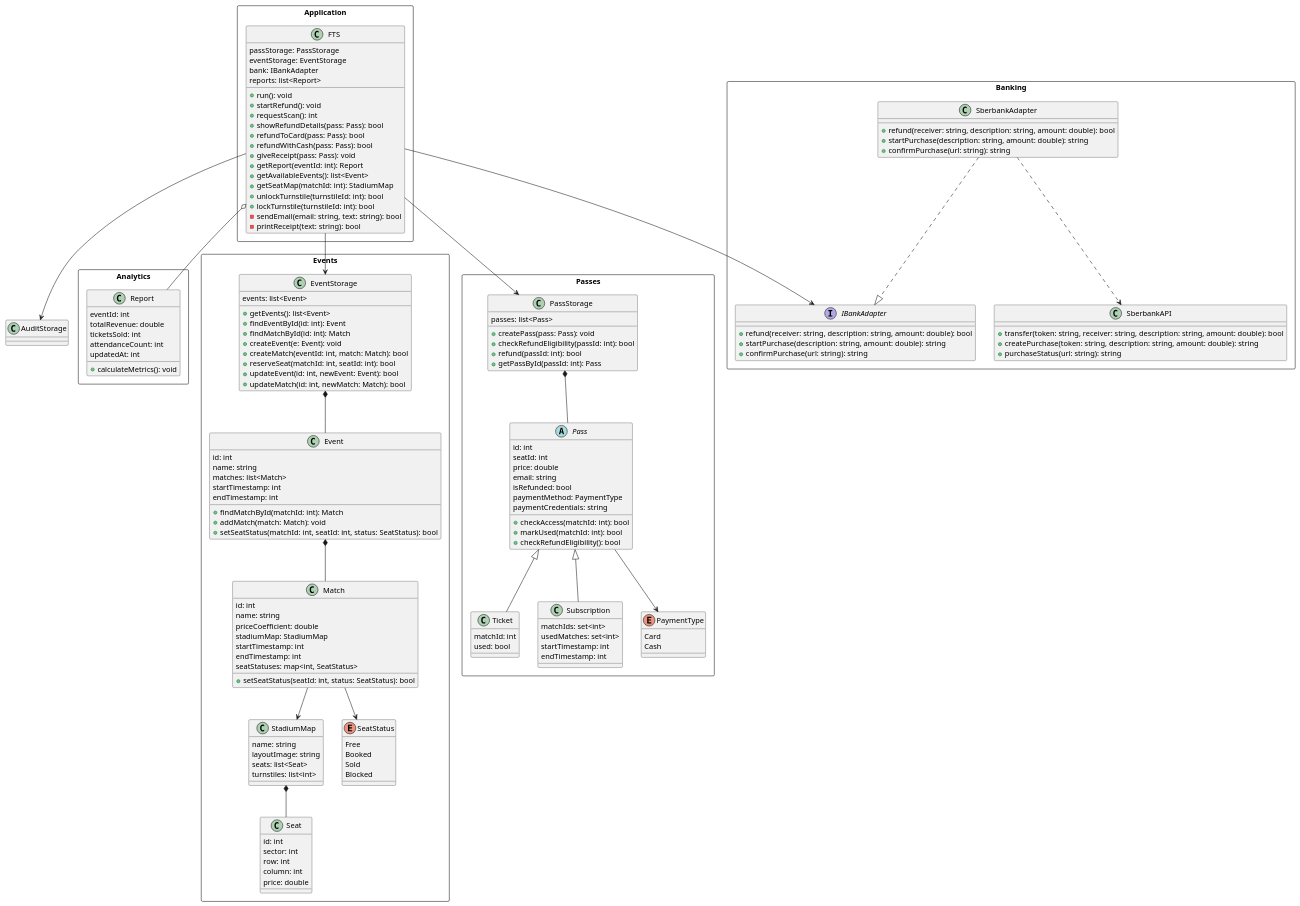
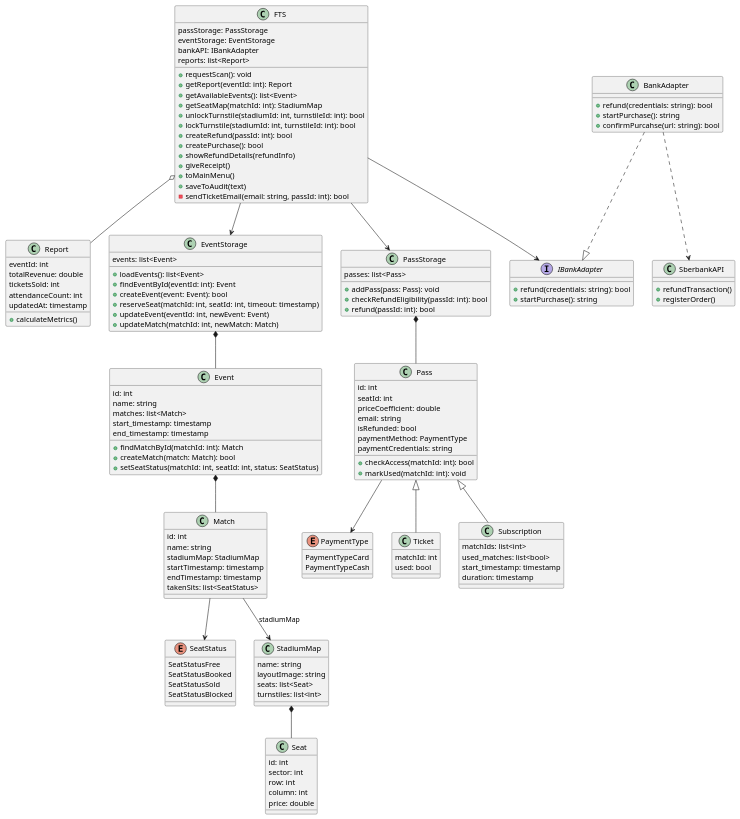
The diagram in Диаграмма Классов.md (penamarth/bsbo-11-24_team5_var10_football), drawn with PlantUML before and after one commit. The commit also changed 21 other files, not shown here.

````diff
--- a/Диаграмма Классов.md
+++ b/Диаграмма Классов.md
@@ -3,175 +3,155 @@
 ```plantuml
 @startuml
-rectangle "Analytics" {
-	class Report {
-		eventId: int
-		totalRevenue: double
-		ticketsSold: int
-		attendanceCount: int
-		updatedAt: int
-		+ calculateMetrics(): void
-	}
+enum PaymentType {
+	PaymentTypeCard
+	PaymentTypeCash
 }
 
-rectangle "Events" {
-	class EventStorage {
-		events: list<Event>
-		+ getEvents(): list<Event>
-		+ findEventById(id: int): Event
-		+ findMatchById(id: int): Match
-		+ createEvent(e: Event): void
-		+ createMatch(eventId: int, match: Match): bool
-		+ reserveSeat(matchId: int, seatId: int): bool
-		+ updateEvent(id: int, newEvent: Event): bool
-		+ updateMatch(id: int, newMatch: Match): bool
-	}
-	class Event {
-		id: int
-		name: string
-		matches: list<Match>
-		startTimestamp: int
-		endTimestamp: int
-		+ findMatchById(matchId: int): Match
-		+ addMatch(match: Match): void
-		+ setSeatStatus(matchId: int, seatId: int, status: SeatStatus): bool
-	}
-
-	class Match {
-		id: int
-		name: string
-		priceCoefficient: double
-		stadiumMap: StadiumMap
-		startTimestamp: int
-		endTimestamp: int
-		seatStatuses: map<int, SeatStatus>
-		+ setSeatStatus(seatId: int, status: SeatStatus): bool
-	}
-
-	class StadiumMap {
-		name: string
-		layoutImage: string
-		seats: list<Seat>
-		turnstiles: list<int>
-	}
-
-	class Seat {
-		id: int
-		sector: int
-		row: int
-		column: int
-		price: double
-	}
-
-	enum SeatStatus {
-		Free
-		Booked
-		Sold
-		Blocked
-	}
+enum SeatStatus {
+	SeatStatusFree
+	SeatStatusBooked
+	SeatStatusSold
+	SeatStatusBlocked
 }
 
-rectangle "Passes" {
-	class PassStorage {
-		passes: list<Pass>
-		+ createPass(pass: Pass): void
-		+ checkRefundEligibility(passId: int): bool
-		+ refund(passId: int): bool
-		+ getPassById(passId: int): Pass
-	}
-
-	abstract class Pass {
-		id: int
-		seatId: int
-		price: double
-		email: string
-		isRefunded: bool
-		paymentMethod: PaymentType
-		paymentCredentials: string
-		+ checkAccess(matchId: int): bool
-		+ markUsed(matchId: int): bool
-		+ checkRefundEligibility(): bool
-	}
-
-	class Ticket extends Pass {
-		matchId: int
-		used: bool
-	}
-
-	class Subscription extends Pass {
-		matchIds: set<int>
-		usedMatches: set<int>
-		startTimestamp: int
-		endTimestamp: int
-	}
-
-
-	enum PaymentType {
-		Card
-		Cash
-	}
+class FTS {
+	passStorage: PassStorage
+	eventStorage: EventStorage
+	bankAPI: IBankAdapter
+	reports: list<Report>
+	+ requestScan(): void
+	+ getReport(eventId: int): Report
+	+ getAvailableEvents(): list<Event>
+	+ getSeatMap(matchId: int): StadiumMap
+	+ unlockTurnstile(stadiumId: int, turnstileId: int): bool
+	+ lockTurnstile(stadiumId: int, turnstileId: int): bool
+	+ createRefund(passId: int): bool
+	+ createPurchase(): bool
+    + showRefundDetails(refundInfo)
+    + giveReceipt()
+    + toMainMenu()
+    + saveToAudit(text)
+	- sendTicketEmail(email: string, passId: int): bool
 }
 
-
-rectangle "Banking" {
-	interface IBankAdapter {
-		+ refund(receiver: string, description: string, amount: double): bool
-		+ startPurchase(description: string, amount: double): string
-		+ confirmPurchase(url: string): string
-	}
-
-	class SberbankAdapter {
-		+ refund(receiver: string, description: string, amount: double): bool
-		+ startPurchase(description: string, amount: double): string
-		+ confirmPurchase(url: string): string
-	}
-
-	class SberbankAPI {
-		+ transfer(token: string, receiver: string, description: string, amount: double): bool
-		+ createPurchase(token: string, description: string, amount: double): string
-		+ purchaseStatus(url: string): string
-	}
+class Report {
+	eventId: int
+	totalRevenue: double
+	ticketsSold: int
+	attendanceCount: int
+	updatedAt: timestamp
+	+ calculateMetrics()
 }
 
-rectangle "Application" {
-	class FTS {
-		passStorage: PassStorage
-		eventStorage: EventStorage
-		bank: IBankAdapter
-		reports: list<Report>
-		+ run(): void
-		+ startRefund(): void
-		+ requestScan(): int
-		+ showRefundDetails(pass: Pass): bool
-		+ refundToCard(pass: Pass): bool
-		+ refundWithCash(pass: Pass): bool
-		+ giveReceipt(pass: Pass): void
-		+ getReport(eventId: int): Report
-		+ getAvailableEvents(): list<Event>
-		+ getSeatMap(matchId: int): StadiumMap
-		+ unlockTurnstile(turnstileId: int): bool
-		+ lockTurnstile(turnstileId: int): bool
-		- sendEmail(email: string, text: string): bool
-		- printReceipt(text: string): bool
-	}
+class EventStorage {
+	events: list<Event>
+	+ loadEvents(): list<Event>
+	+ findEventById(eventId: int): Event
+	+ createEvent(event: Event): bool
+	+ reserveSeat(matchId: int, seatId: int, timeout: timestamp)
+	+ updateEvent(eventId: int, newEvent: Event)
+	+ updateMatch(matchId: int, newMatch: Match)
+}
+
+class Event {
+	id: int
+	name: string
+	matches: list<Match>
+	start_timestamp: timestamp
+	end_timestamp: timestamp
+	+ findMatchById(matchId: int): Match
+	+ createMatch(match: Match): bool
+	+ setSeatStatus(matchId: int, seatId: int, status: SeatStatus)
+}
+
+class Match {
+	id: int
+	name: string
+	stadiumMap: StadiumMap
+	startTimestamp: timestamp
+	endTimestamp: timestamp
+	takenSits: list<SeatStatus>
+}
+
+class StadiumMap {
+	name: string
+	layoutImage: string
+	seats: list<Seat>
+	turnstiles: list<int>
+}
+
+class Seat {
+	id: int
+	sector: int
+	row: int
+	column: int
+	price: double
+}
+
+class PassStorage {
+	passes: list<Pass>
+	+ addPass(pass: Pass): void
+	+ checkRefundEligibility(passId: int): bool
+	+ refund(passId: int): bool
+}
+
+interface IBankAdapter {
+	+ refund(credentials: string): bool
+	+ startPurchase(): string
+}
+
+class BankAdapter {
+	+ refund(credentials: string): bool
+	+ startPurchase(): string
+	+ confirmPurcahse(url: string): bool
+}
+
+class SberbankAPI {
+	+ refundTransaction()
+	+ registerOrder()
+}
+
+class Pass {
+	id: int
+	seatId: int
+	priceCoefficient: double
+	email: string
+	isRefunded: bool
+	paymentMethod: PaymentType
+	paymentCredentials: string
+	+ checkAccess(matchId: int): bool
+	+ markUsed(matchId: int): void
+}
+
+class Ticket extends Pass {
+	matchId: int
+	used: bool
+}
+
+class Subscription extends Pass {
+	matchIds: list<int>
+	used_matches: list<bool>
+	start_timestamp: timestamp
+	duration: timestamp
 }
 
 FTS --> EventStorage
 FTS --> PassStorage
-FTS --> AuditStorage
 FTS --> IBankAdapter
 FTS o-- Report
 
 PassStorage *-- Pass
+
 EventStorage *-- Event
 
 Event *-- Match
-Match --> StadiumMap
+Match --> StadiumMap : stadiumMap
 StadiumMap *-- Seat
 
 Pass --> PaymentType
 Match --> SeatStatus
 
-SberbankAdapter ..|> IBankAdapter
-SberbankAdapter ..> SberbankAPI
+BankAdapter ..|> IBankAdapter
+BankAdapter ..> SberbankAPI
 @enduml
 ```
````
